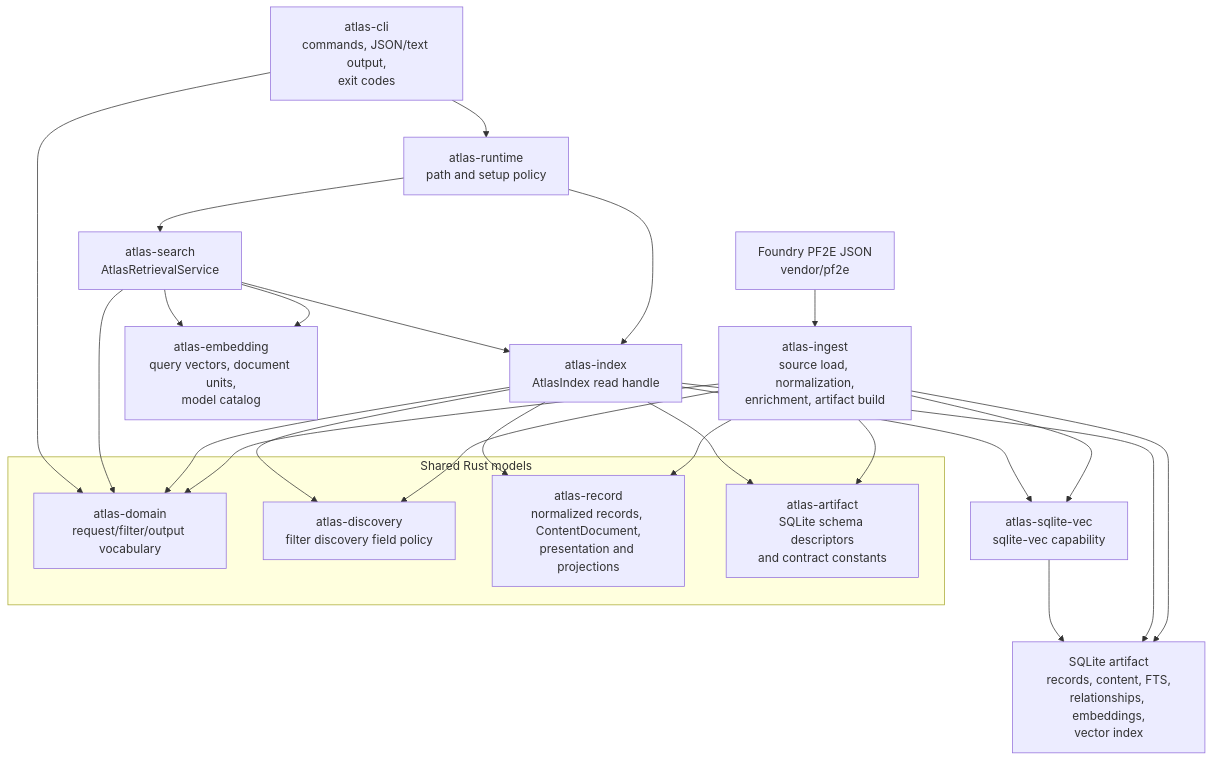
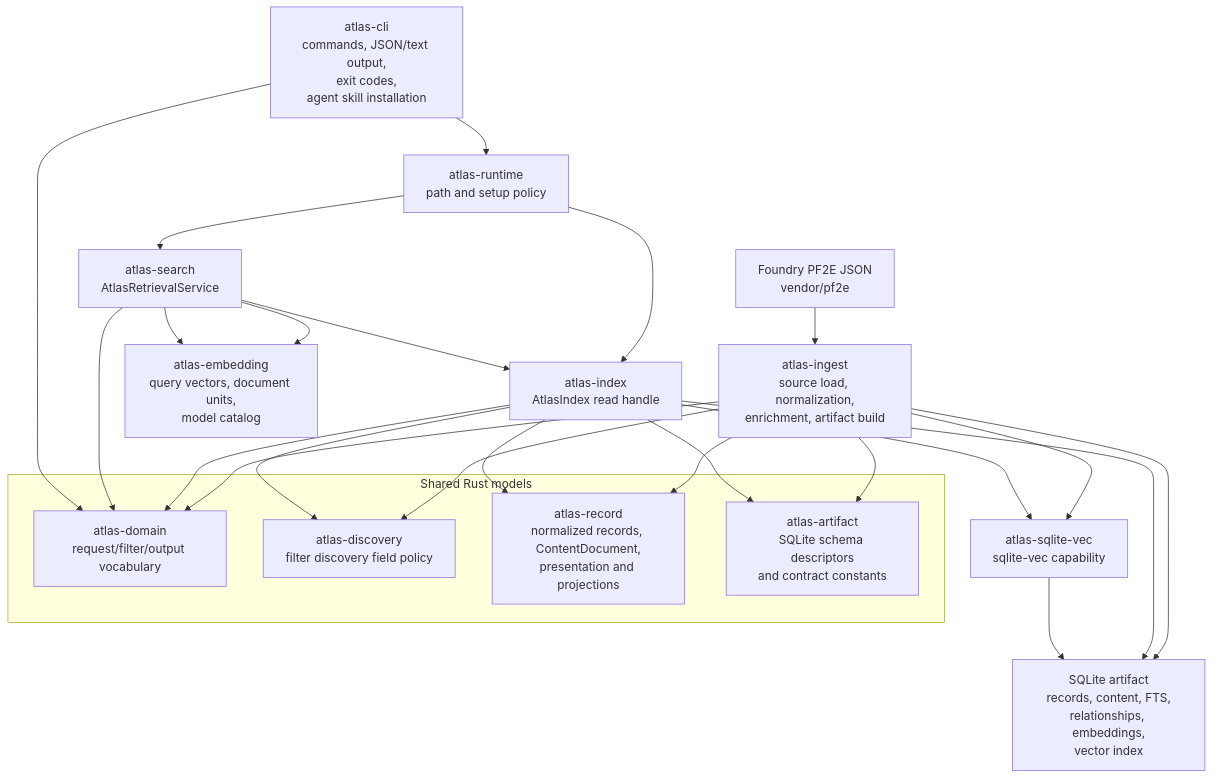
The first of 4 diagrams in docs/architecture/runtime.md (e-kosten/pf2e-atlas), drawn with Mermaid before and after one commit. The commit also changed other lines of this file and 20 other files, not shown here.

Commit message:
feat: add atlas agent skill installer

````diff
--- a/docs/architecture/runtime.md
+++ b/docs/architecture/runtime.md
@@ -9,35 +9,35 @@
 ```mermaid
 flowchart TD
     source["Foundry PF2E JSON<br/>vendor/pf2e"] --> ingest["atlas-ingest<br/>source load, normalization,<br/>enrichment, artifact build"]
     ingest --> artifact["SQLite artifact<br/>records, content, FTS,<br/>relationships, embeddings,<br/>vector index"]
 
-    cli["atlas-cli<br/>commands, JSON/text output,<br/>exit codes"] --> runtime["atlas-runtime<br/>path and setup policy"]
+    cli["atlas-cli<br/>commands, JSON/text output,<br/>exit codes,<br/>agent skill installation"] --> runtime["atlas-runtime<br/>path and setup policy"]
     runtime --> search["atlas-search<br/>AtlasRetrievalService"]
     runtime --> index["atlas-index<br/>AtlasIndex read handle"]
 
     search --> index
     search --> embedding["atlas-embedding<br/>query vectors, document units,<br/>model catalog"]
     index --> artifact
     ingest --> sqliteVec["atlas-sqlite-vec<br/>sqlite-vec capability"]
     index --> sqliteVec
     sqliteVec --> artifact
 
     subgraph SharedRustModels["Shared Rust models"]
       domain["atlas-domain<br/>request/filter/output vocabulary"]
       discovery["atlas-discovery<br/>filter discovery field policy"]
       record["atlas-record<br/>normalized records, ContentDocument,<br/>presentation and projections"]
       artifactSchema["atlas-artifact<br/>SQLite schema descriptors<br/>and contract constants"]
     end
 
     ingest --> domain
     ingest --> discovery
     ingest --> record
     ingest --> artifactSchema
     index --> domain
     index --> discovery
     index --> record
     index --> artifactSchema
     search --> domain
     search --> embedding
     cli --> domain
 ```
````
